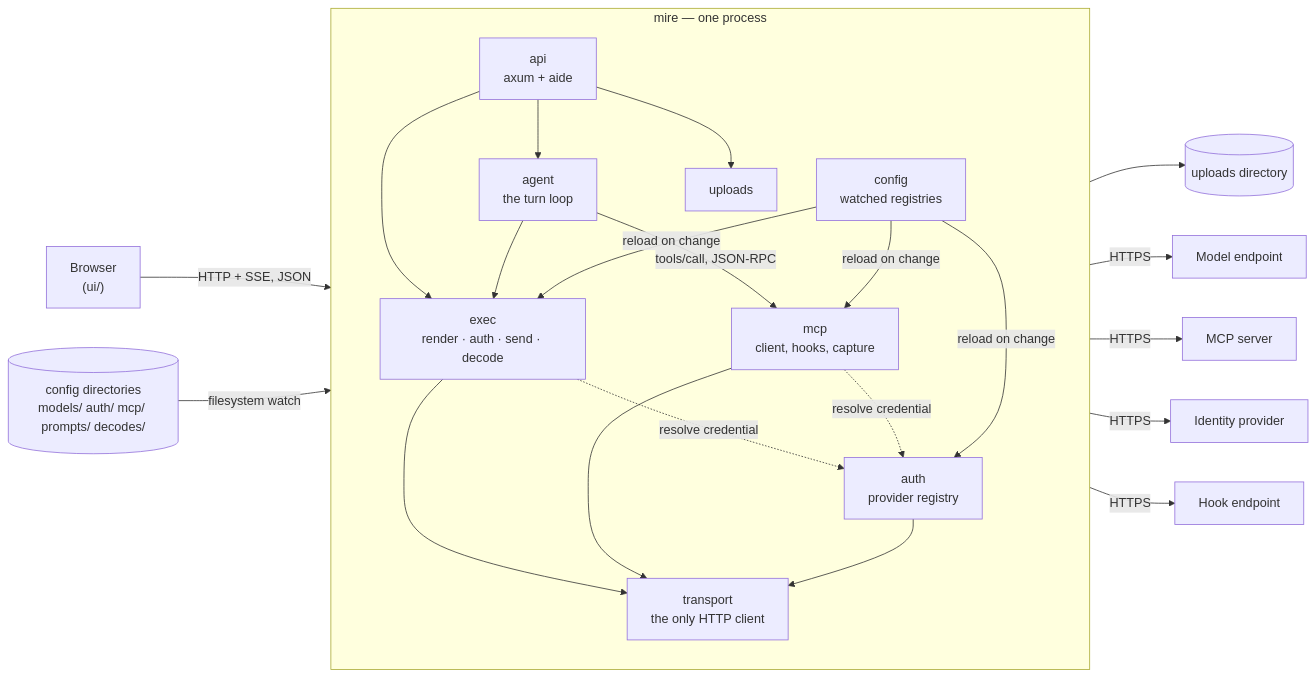
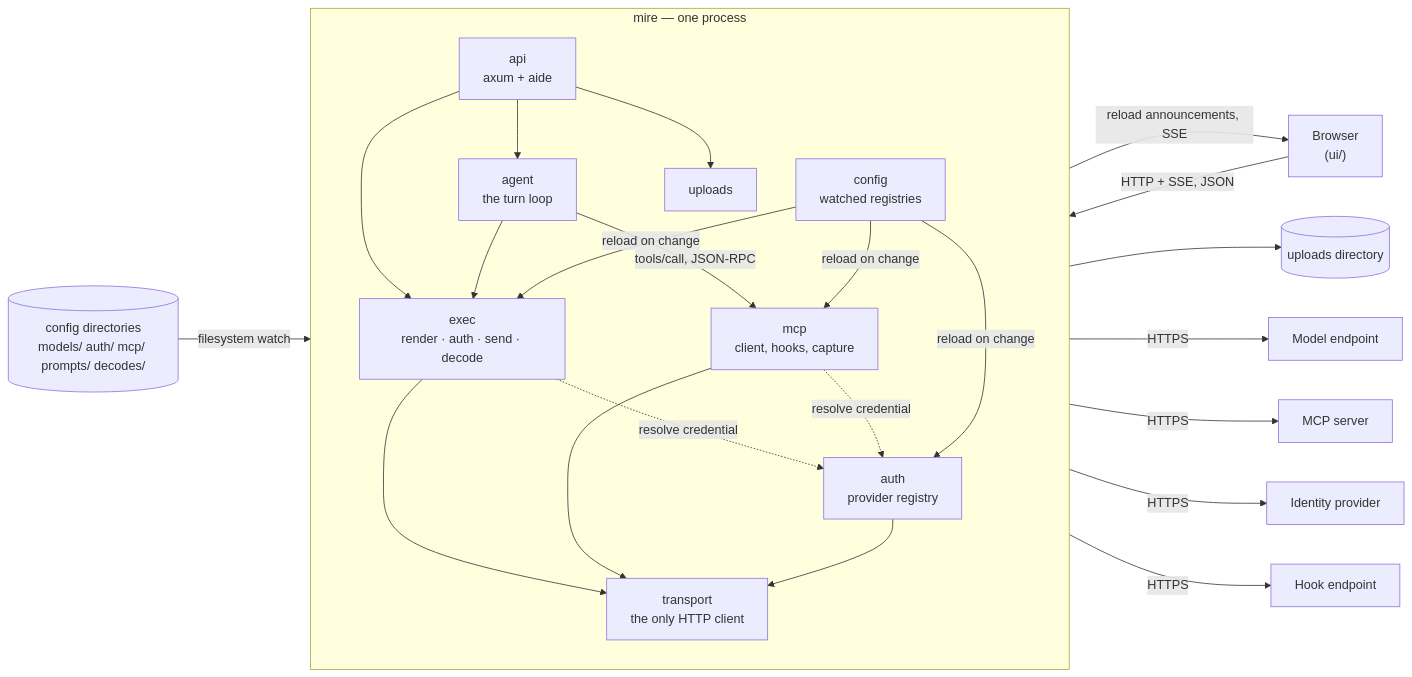
Before and after one commit to therealm-tech/mire: the first of 2 diagrams in ARCHITECTURE.md, drawn with Mermaid. The commit also changed other lines of this file and 14 other files, not shown here.

````diff
--- a/ARCHITECTURE.md
+++ b/ARCHITECTURE.md
@@ -18,44 +18,45 @@
 ```mermaid
 flowchart LR
     browser["Browser<br/>(ui/)"]
 
     subgraph proc["mire — one process"]
         direction TB
         api["api<br/>axum + aide"]
         agent["agent<br/>the turn loop"]
         exec["exec<br/>render · auth · send · decode"]
         mcp["mcp<br/>client, hooks, capture"]
         authmod["auth<br/>provider registry"]
         cfg["config<br/>watched registries"]
         tx["transport<br/>the only HTTP client"]
         up["uploads"]
     end
 
     files[("config directories<br/>models/ auth/ mcp/ prompts/ decodes/")]
     disk[("uploads directory")]
     endpoint["Model endpoint"]
     server["MCP server"]
     idp["Identity provider"]
     sink["Hook endpoint"]
 
     browser -- "HTTP + SSE, JSON" --> api
+    api -- "reload announcements, SSE" --> browser
     api --> agent
     api --> exec
     agent --> exec
     agent -- "tools/call, JSON-RPC" --> mcp
     exec --> tx
     mcp --> tx
     authmod --> tx
     exec -. "resolve credential" .-> authmod
     mcp -. "resolve credential" .-> authmod
     cfg -- "reload on change" --> exec
     cfg -- "reload on change" --> mcp
     cfg -- "reload on change" --> authmod
     files -- "filesystem watch" --> cfg
     up --> disk
     api --> up
     tx -- "HTTPS" --> endpoint
     tx -- "HTTPS" --> server
     tx -- "HTTPS" --> idp
     tx -- "HTTPS" --> sink
 ```
````
